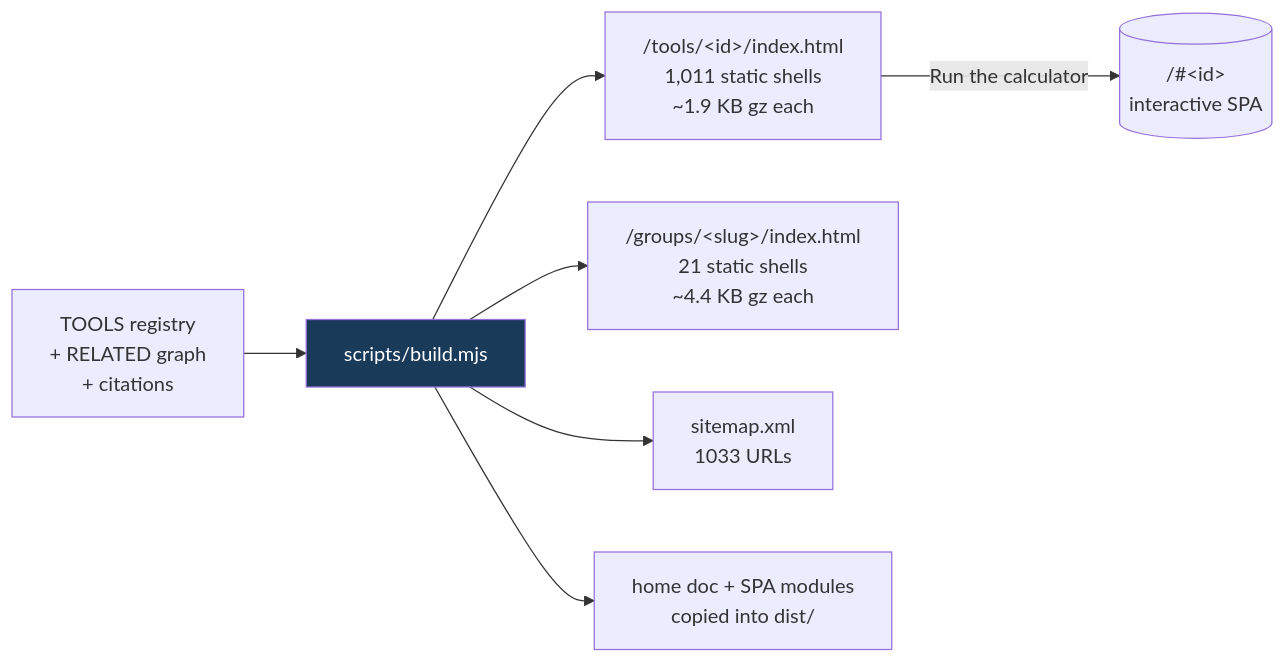
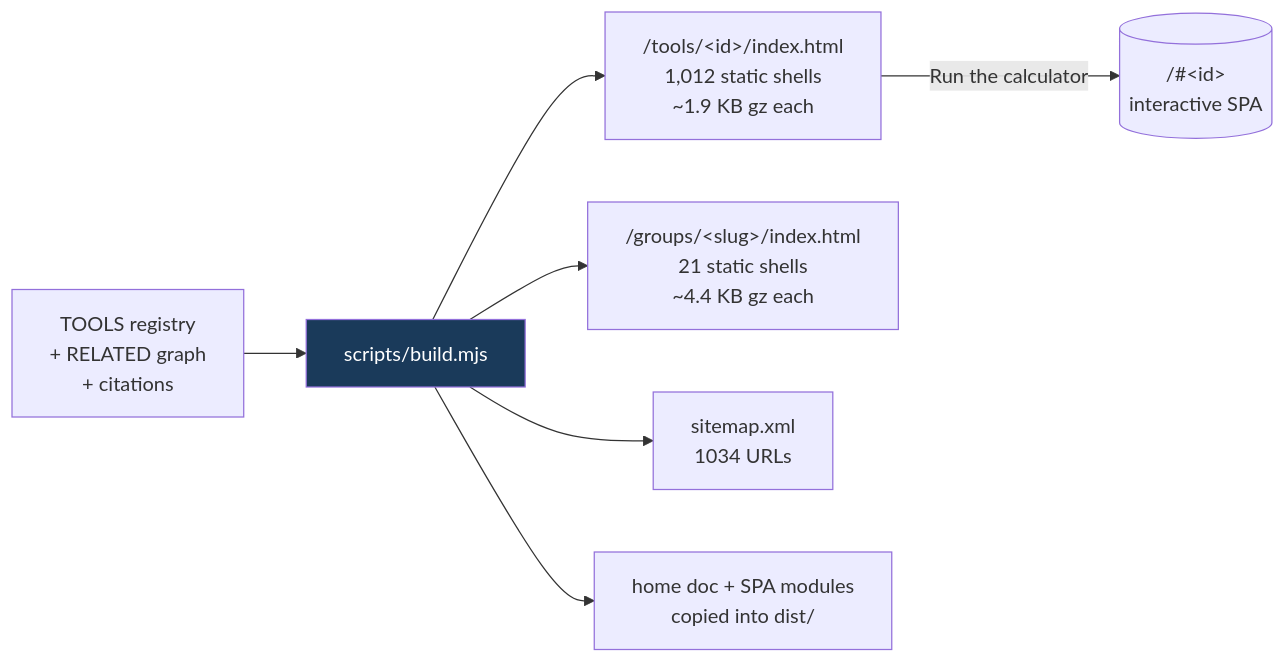
Before and after one commit to clay-good/roughlogic.com: the fifth of 8 diagrams in README.md, drawn with Mermaid. The commit also changed other lines of this file and 12 other files, not shown here.

````diff
--- a/README.md
+++ b/README.md
@@ -495,10 +495,10 @@
 ```mermaid
 flowchart LR
     SRC[TOOLS registry\n+ RELATED graph\n+ citations] --> BUILD[scripts/build.mjs]
-    BUILD --> TILE["/tools/&lt;id&gt;/index.html\n1,011 static shells\n~1.9 KB gz each"]
+    BUILD --> TILE["/tools/&lt;id&gt;/index.html\n1,012 static shells\n~1.9 KB gz each"]
     BUILD --> GROUP["/groups/&lt;slug&gt;/index.html\n21 static shells\n~4.4 KB gz each"]
-    BUILD --> MAP["sitemap.xml\n1033 URLs"]
+    BUILD --> MAP["sitemap.xml\n1034 URLs"]
     BUILD --> COPY[home doc + SPA modules\ncopied into dist/]
     TILE -->|Run the calculator| SPA[("/#&lt;id&gt;\ninteractive SPA")]
     style BUILD fill:#1a3a5a,color:#fff
 ```
````
